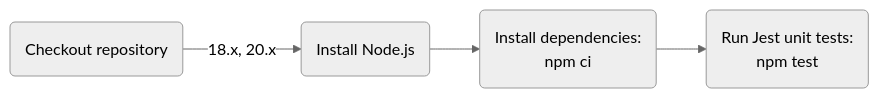
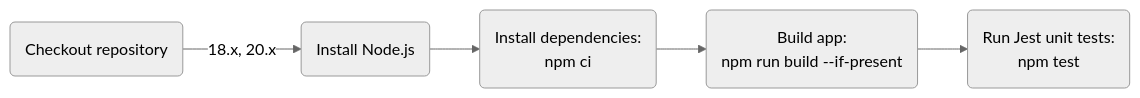
The second of 5 diagrams in README.md (Abhiek187/ez-recipes-server), drawn with Mermaid (neutral theme) before and after one commit. The commit also changed 1 other file, not shown here.

Commit message:
Add build step before testing

````diff
--- a/README.md
+++ b/README.md
@@ -43,7 +43,8 @@
 ```mermaid
 flowchart LR
 
 A(Checkout repository) -->|18.x, 20.x| B(Install Node.js)
 B --> C(Install dependencies:\nnpm ci)
-C --> D(Run Jest unit tests:\nnpm test)
+C --> D(Build app:\nnpm run build --if-present)
+D --> E(Run Jest unit tests:\nnpm test)
 ```
````
